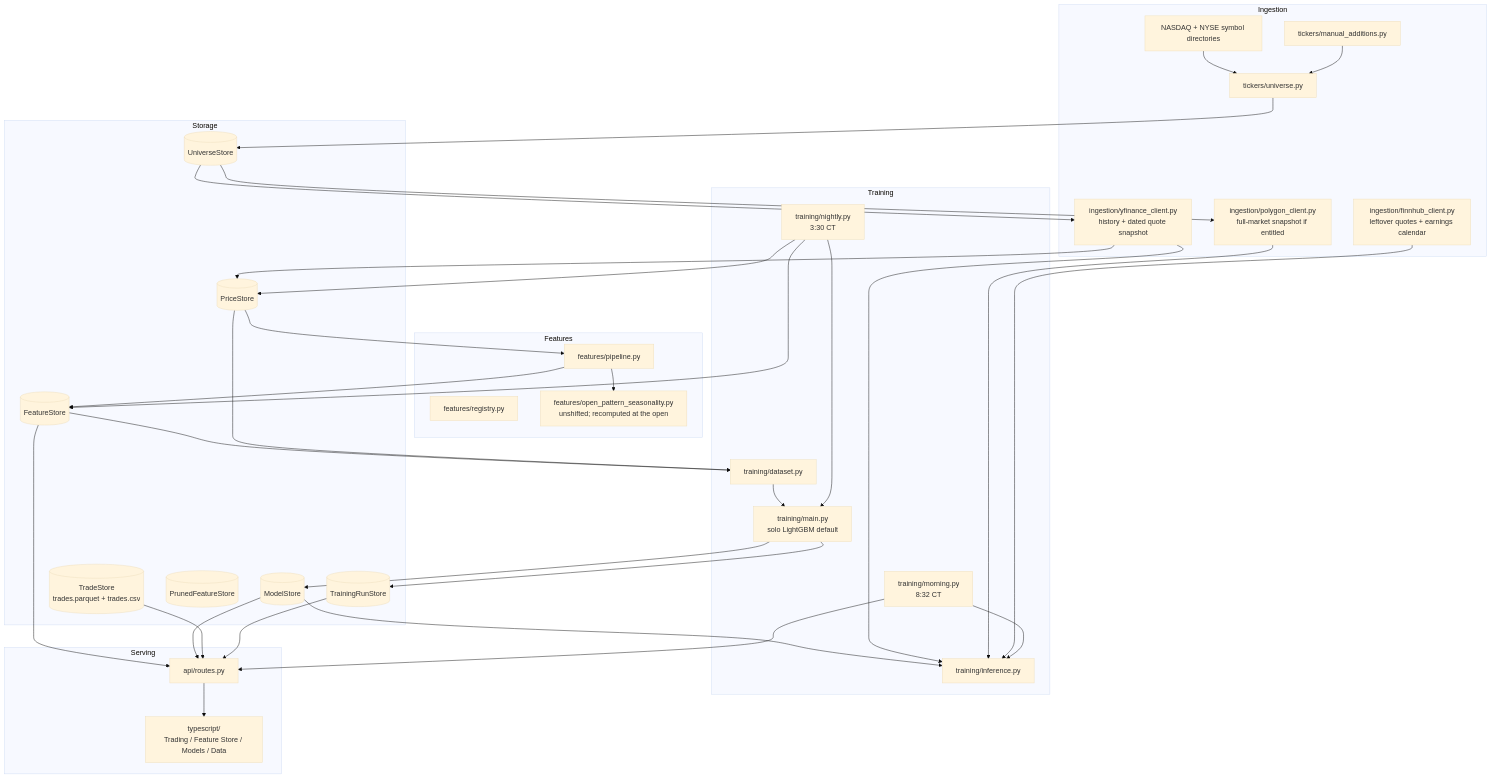
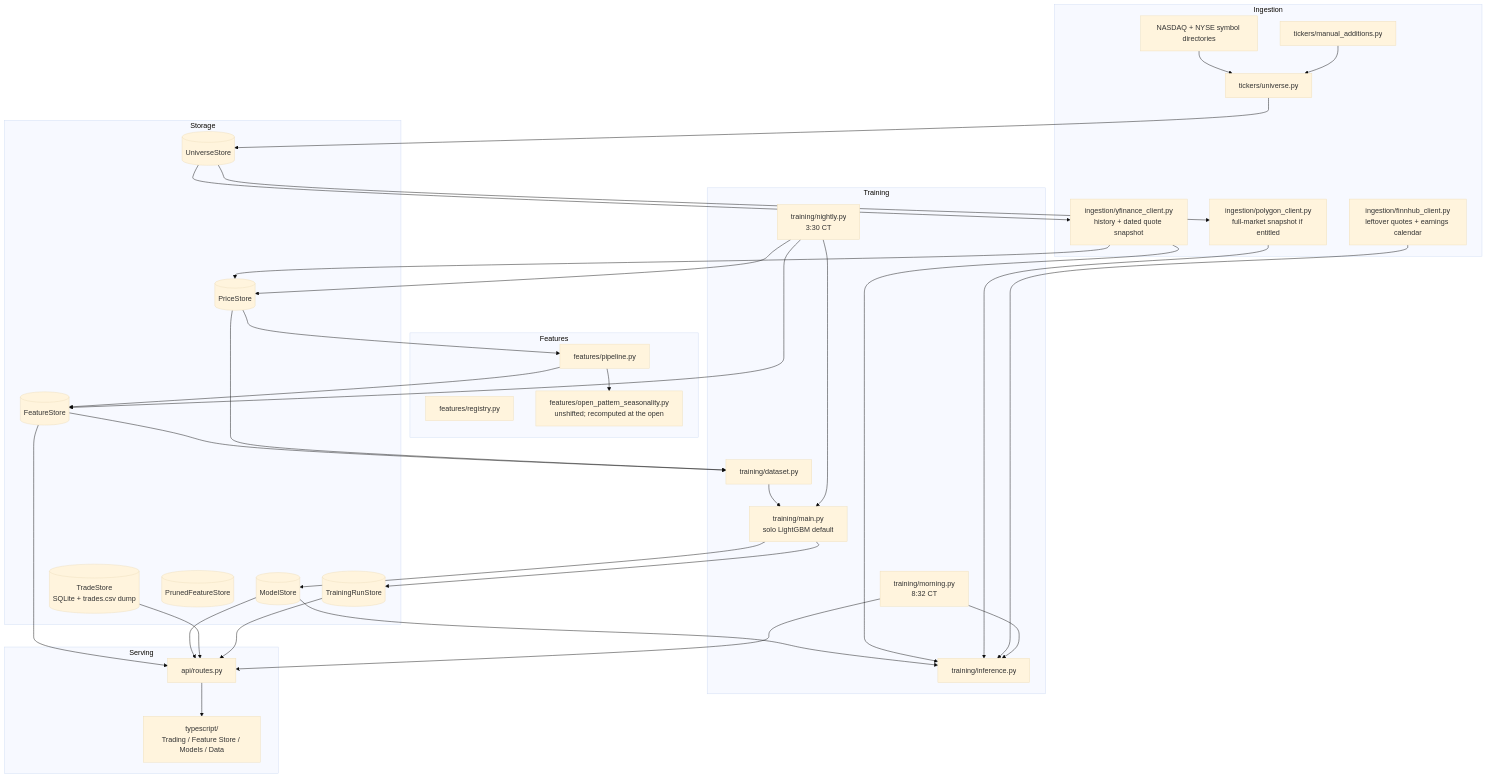
One commit to fartzy/stock-picker changed the diagram in README.md. Above: the diagram before and after it, drawn with Mermaid (base theme). The commit also changed other lines of this file and 72 other files, not shown here.

````diff
--- a/README.md
+++ b/README.md
@@ -30,69 +30,69 @@
 ```mermaid
 flowchart TB
     subgraph Ingestion
         WIKI["NASDAQ + NYSE symbol directories"]
         MANUAL["tickers/manual_additions.py"]
         BUILDUNIV["tickers/universe.py"]
         YF["ingestion/yfinance_client.py<br/>history + dated quote snapshot"]
         POLY["ingestion/polygon_client.py<br/>full-market snapshot if entitled"]
         FH["ingestion/finnhub_client.py<br/>leftover quotes + earnings calendar"]
     end
 
     subgraph Storage
         US[("UniverseStore")]
         PS[("PriceStore")]
         FS[("FeatureStore")]
         MS[("ModelStore")]
-        TS[("TradeStore<br/>trades.parquet + trades.csv")]
+        TS[("TradeStore<br/>SQLite + trades.csv dump")]
         PFS[("PrunedFeatureStore")]
         TRS[("TrainingRunStore")]
     end
 
     subgraph Features
         FEATPIPE["features/pipeline.py"]
         REGISTRY["features/registry.py"]
         OPENPAT["features/open_pattern_seasonality.py<br/>unshifted; recomputed at the open"]
     end
 
     subgraph Training
         DATASET["training/dataset.py"]
         TRAIN["training/main.py<br/>solo LightGBM default"]
         INFER["training/inference.py"]
         NIGHT["training/nightly.py<br/>3:30 CT"]
         MORN["training/morning.py<br/>8:32 CT"]
     end
 
     subgraph Serving
         API["api/routes.py"]
         WEB["typescript/<br/>Trading / Feature Store / Models / Data"]
     end
 
     WIKI --> BUILDUNIV
     MANUAL --> BUILDUNIV
     BUILDUNIV --> US
     US --> YF
     US --> POLY
     YF --> PS
     PS --> FEATPIPE
     FEATPIPE --> OPENPAT
     FEATPIPE --> FS
     FS --> DATASET
     PS --> DATASET
     DATASET --> TRAIN
     TRAIN --> MS
     TRAIN --> TRS
     MS --> INFER
     YF --> INFER
     POLY --> INFER
     FH --> INFER
     NIGHT --> PS
     NIGHT --> FS
     NIGHT --> TRAIN
     MORN --> INFER
     MORN --> API
     FS --> API
     MS --> API
     TS --> API
     TRS --> API
     API --> WEB
 ```
````
